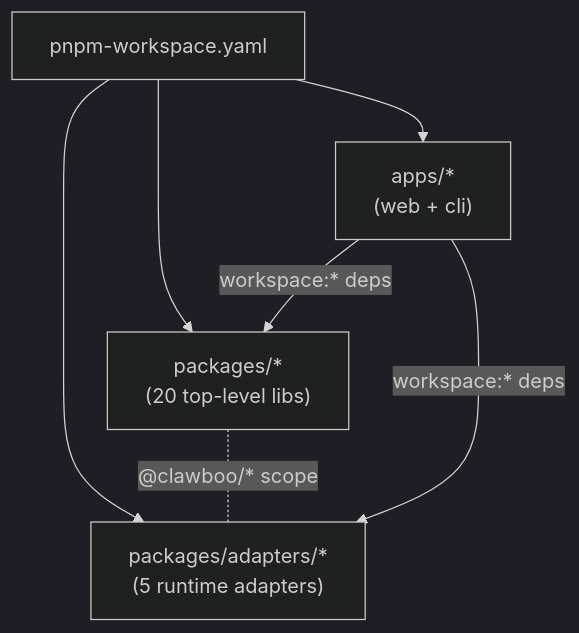
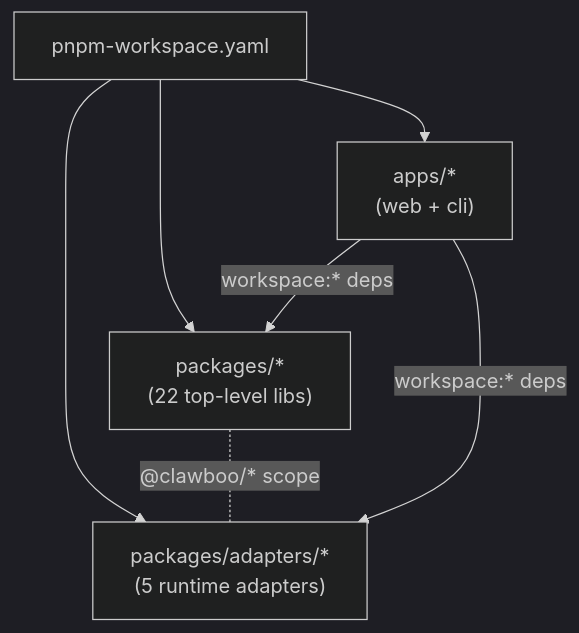
Before and after one commit to clawboo/clawboo: the first of 2 diagrams in docs/internals/monorepo-and-build.md, drawn with Mermaid (dark theme). The commit also changed other lines of this file and 66 other files, not shown here.

````diff
--- a/docs/internals/monorepo-and-build.md
+++ b/docs/internals/monorepo-and-build.md
@@ -32,10 +32,10 @@
 ```mermaid
 graph TD
   root["pnpm-workspace.yaml"]
-  root --> p["packages/*<br/>(20 top-level libs)"]
+  root --> p["packages/*<br/>(22 top-level libs)"]
   root --> a["packages/adapters/*<br/>(5 runtime adapters)"]
   root --> apps["apps/*<br/>(web + cli)"]
   p -. "@clawboo/* scope" .- a
   apps -- "workspace:* deps" --> p
   apps -- "workspace:* deps" --> a
 ```
````
